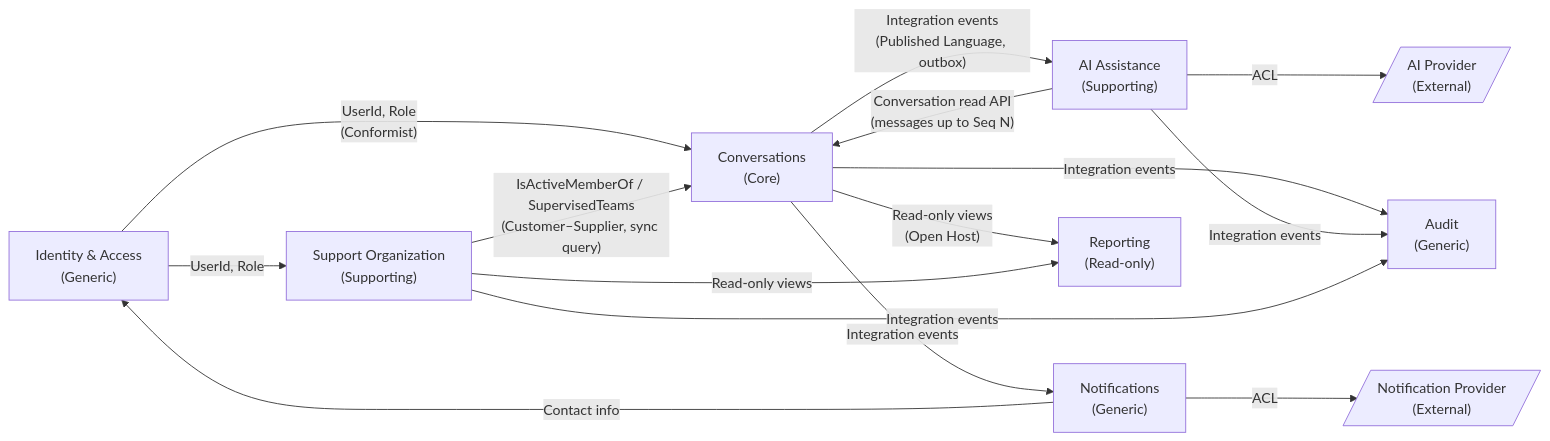
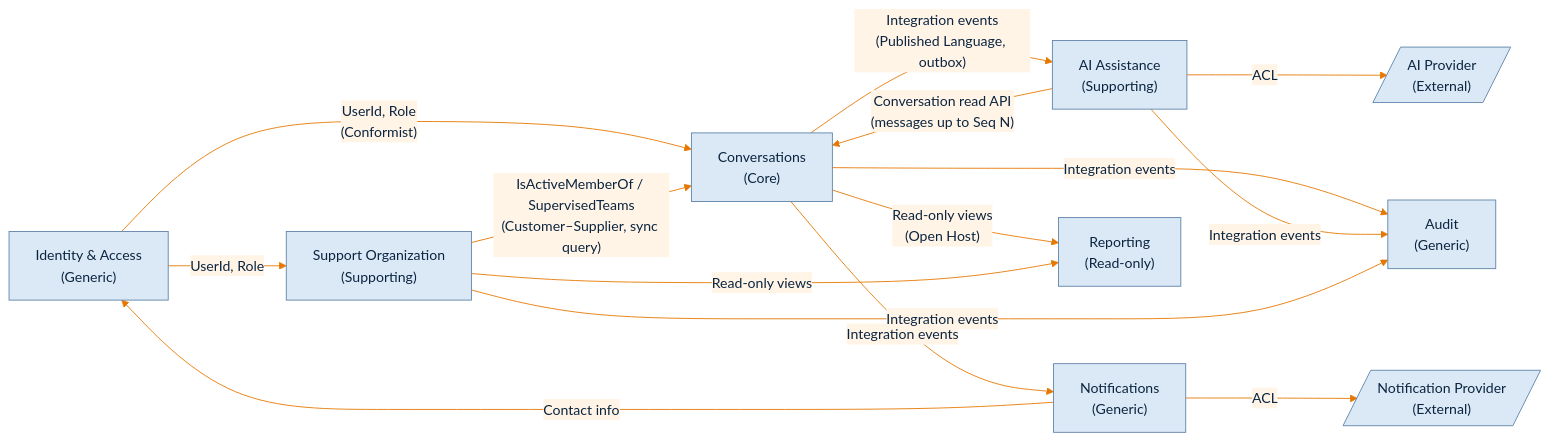
Before and after one commit to iarel/SupportFlow: the first of 9 diagrams in docs/domain-model.md, drawn with Mermaid. The commit also changed other lines of this file and 17 other files, not shown here.

````diff
--- a/docs/domain-model.md
+++ b/docs/domain-model.md
@@ -83,29 +82,30 @@
 ```mermaid
+%%{init: {"theme":"base","themeVariables":{"primaryColor":"#dbe9f6","primaryTextColor":"#0b2540","primaryBorderColor":"#5d82a8","lineColor":"#e67700","secondaryColor":"#dbe9f6","tertiaryColor":"#f1f5fa","clusterBkg":"#f1f5fa","clusterBorder":"#5d82a8","titleColor":"#0b4884","edgeLabelBackground":"#fff4e6","textColor":"#e67700","actorBkg":"#438dd5","actorTextColor":"#ffffff","actorBorder":"#2e6295","actorLineColor":"#e67700","signalColor":"#e67700","signalTextColor":"#e67700","labelBoxBkgColor":"#dbe9f6","labelBoxBorderColor":"#5d82a8","labelTextColor":"#0b2540","loopTextColor":"#e67700","noteBkgColor":"#fff4e6","noteTextColor":"#0b2540","noteBorderColor":"#e67700","activationBkgColor":"#dbe9f6","attributeBackgroundColorOdd":"#ffffff","attributeBackgroundColorEven":"#f1f5fa"}}}%%
 flowchart LR
     IAM["Identity & Access<br/>(Generic)"]
     ORG["Support Organization<br/>(Supporting)"]
     CONV["Conversations<br/>(Core)"]
     AI["AI Assistance<br/>(Supporting)"]
     NOTIF["Notifications<br/>(Generic)"]
     AUD["Audit<br/>(Generic)"]
     REP["Reporting<br/>(Read-only)"]
     LLM[/"AI Provider<br/>(External)"/]
     NP[/"Notification Provider<br/>(External)"/]
 
     IAM -- "UserId, Role<br/>(Conformist)" --> CONV
     IAM -- "UserId, Role" --> ORG
     ORG -- "IsActiveMemberOf / SupervisedTeams<br/>(Customer–Supplier, sync query)" --> CONV
 
     CONV -- "Integration events<br/>(Published Language, outbox)" --> AI
     CONV -- "Integration events" --> NOTIF
     CONV -- "Integration events" --> AUD
     CONV -- "Read-only views<br/>(Open Host)" --> REP
     ORG -- "Read-only views" --> REP
 
     AI -- "Conversation read API<br/>(messages up to Seq N)" --> CONV
     AI -- "ACL" --> LLM
     NOTIF -- "ACL" --> NP
     NOTIF -- "Contact info" --> IAM
     AI -- "Integration events" --> AUD
     ORG -- "Integration events" --> AUD
 ```
````
